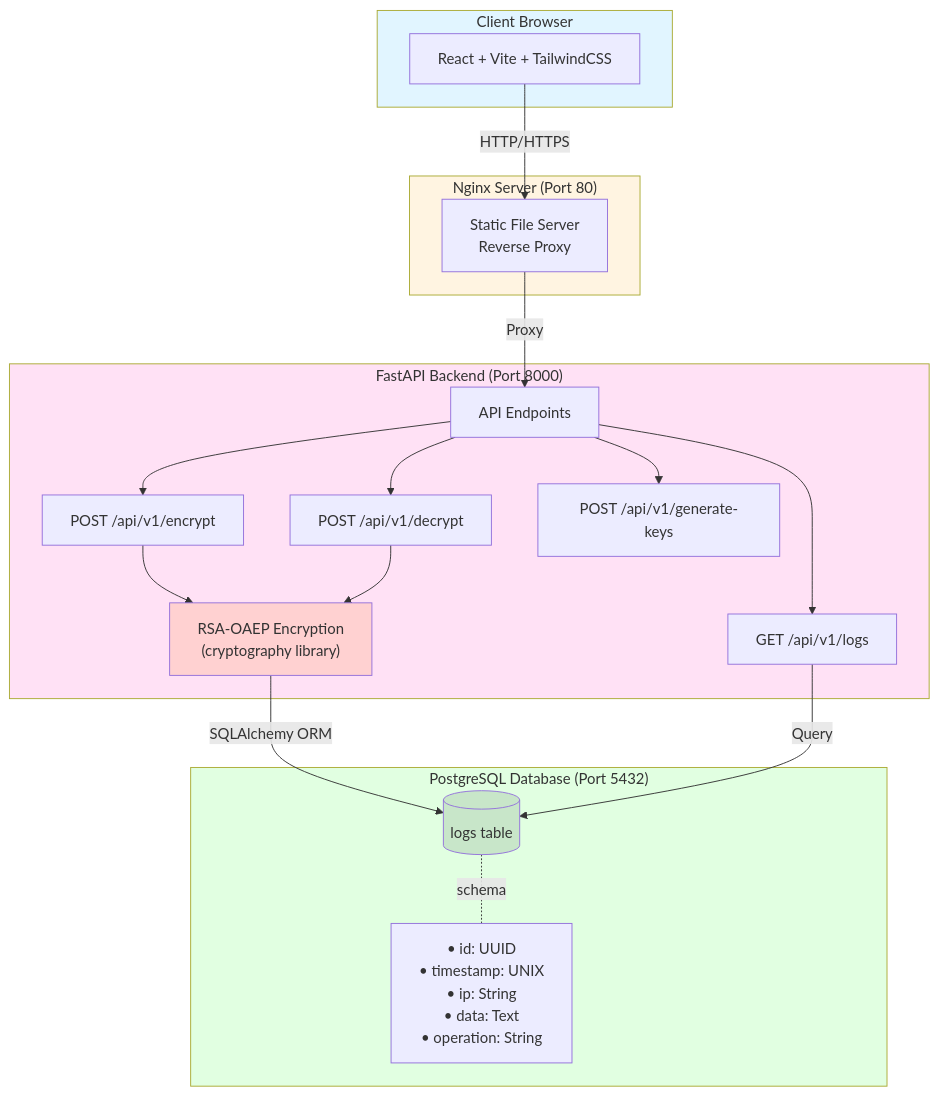
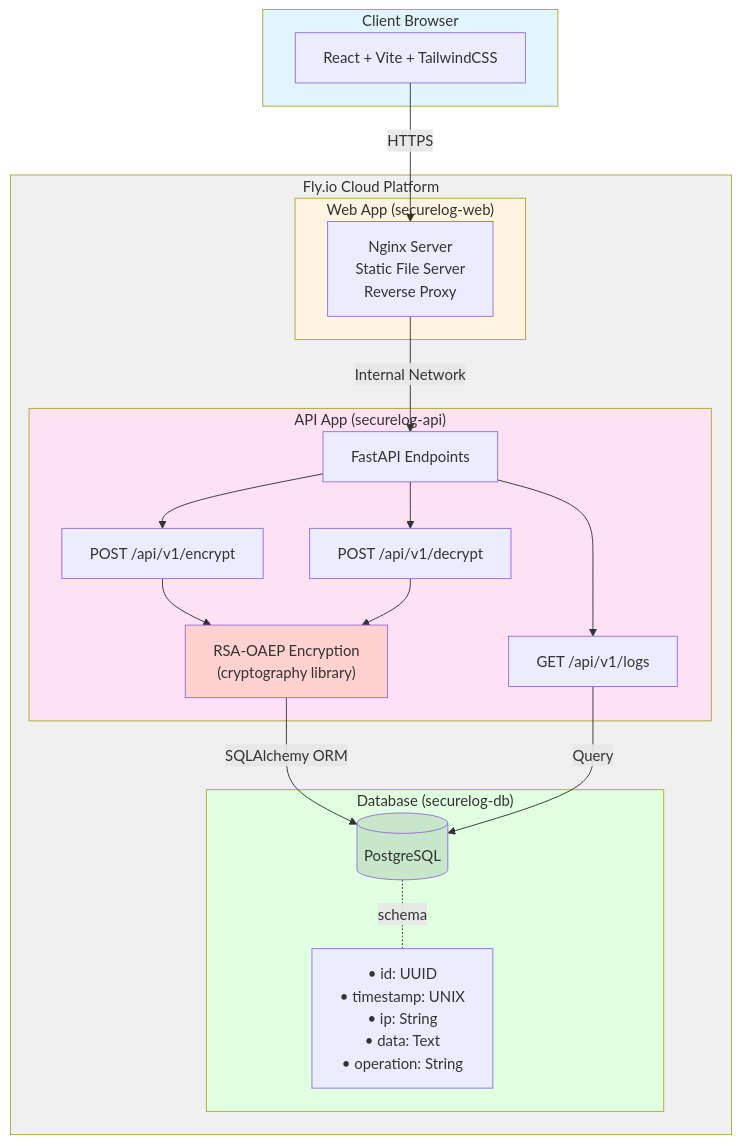
The diagram in README.md (lukebrevoort/serverlog-rework), drawn with Mermaid before and after one commit. The commit also changed other lines of this file, not shown here.

Commit message:
docs: enhance README with deployment details and architecture updates

````diff
--- a/README.md
+++ b/README.md
@@ -7,44 +9,45 @@
 ```mermaid
 graph TB
     subgraph Client["Client Browser"]
         UI["React + Vite + TailwindCSS"]
     end
     
-    subgraph WebServer["Nginx Server (Port 80)"]
-        NGINX["Static File Server<br/>Reverse Proxy"]
+    subgraph FlyIO["Fly.io Cloud Platform"]
+        subgraph WebApp["Web App (securelog-web)"]
+            NGINX["Nginx Server<br/>Static File Server<br/>Reverse Proxy"]
+        end
+        
+        subgraph APIApp["API App (securelog-api)"]
+            API["FastAPI Endpoints"]
+            ENCRYPT["POST /api/v1/encrypt"]
+            DECRYPT["POST /api/v1/decrypt"]
+            LOGS["GET /api/v1/logs"]
+            CRYPTO["RSA-OAEP Encryption<br/>(cryptography library)"]
+            
+            API --> ENCRYPT
+            API --> DECRYPT
+            API --> LOGS
+            ENCRYPT --> CRYPTO
+            DECRYPT --> CRYPTO
+        end
+        
+        subgraph DBApp["Database (securelog-db)"]
+            DB[(PostgreSQL)]
+            SCHEMA["• id: UUID<br/>• timestamp: UNIX<br/>• ip: String<br/>• data: Text<br/>• operation: String"]
+            DB -.schema.- SCHEMA
+        end
     end
     
-    subgraph Backend["FastAPI Backend (Port 8000)"]
-        API["API Endpoints"]
-        ENCRYPT["POST /api/v1/encrypt"]
-        DECRYPT["POST /api/v1/decrypt"]
-        LOGS["GET /api/v1/logs"]
-        KEYGEN["POST /api/v1/generate-keys"]
-        CRYPTO["RSA-OAEP Encryption<br/>(cryptography library)"]
-        
-        API --> ENCRYPT
-        API --> DECRYPT
-        API --> LOGS
-        API --> KEYGEN
-        ENCRYPT --> CRYPTO
-        DECRYPT --> CRYPTO
-    end
-    
-    subgraph Database["PostgreSQL Database (Port 5432)"]
-        DB[(logs table)]
-        SCHEMA["• id: UUID<br/>• timestamp: UNIX<br/>• ip: String<br/>• data: Text<br/>• operation: String"]
-        DB -.schema.- SCHEMA
-    end
-    
-    UI -->|HTTP/HTTPS| NGINX
-    NGINX -->|Proxy| API
+    UI -->|HTTPS| NGINX
+    NGINX -->|Internal Network| API
     CRYPTO -->|SQLAlchemy ORM| DB
     LOGS -->|Query| DB
 
     style Client fill:#e1f5ff
-    style WebServer fill:#fff4e1
-    style Backend fill:#ffe1f5
-    style Database fill:#e1ffe1
+    style FlyIO fill:#f0f0f0
+    style WebApp fill:#fff4e1
+    style APIApp fill:#ffe1f5
+    style DBApp fill:#e1ffe1
     style CRYPTO fill:#ffd1d1
     style DB fill:#c8e6c9
 ```
````
